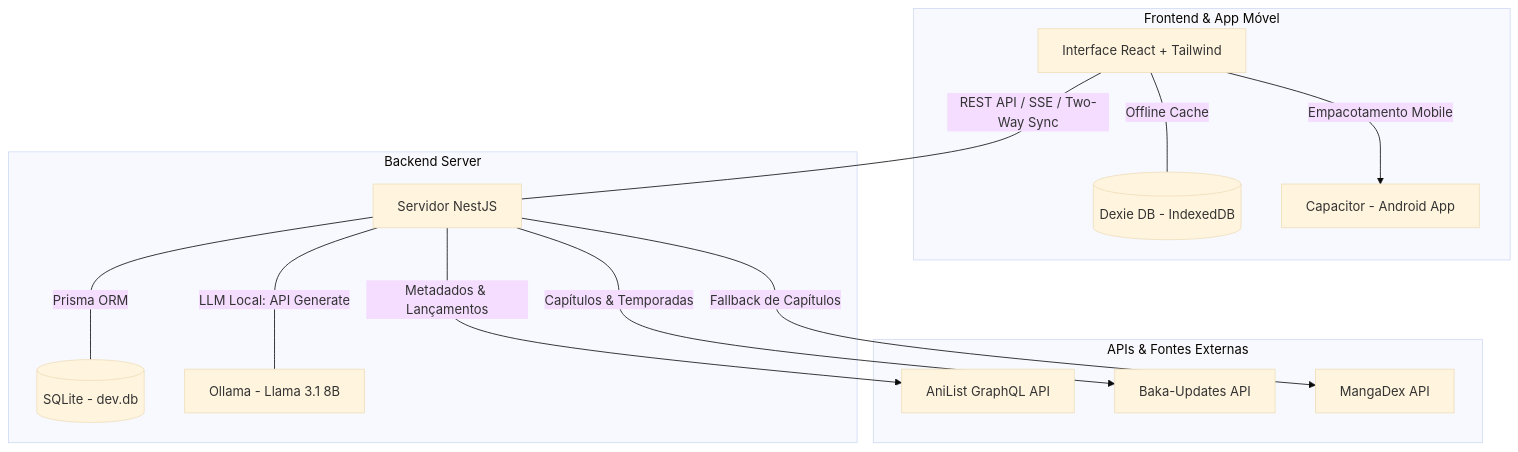
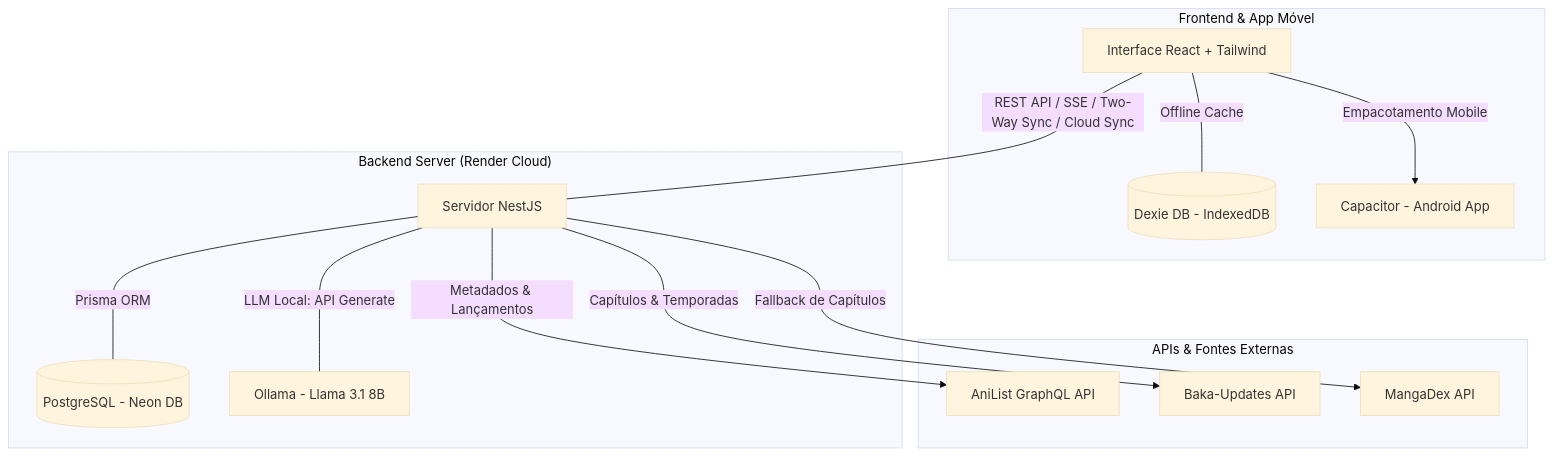
Before and after one commit to Braz55/Otaku-Time-v2: the first of 2 diagrams in README.md, drawn with Mermaid (base theme). The commit also changed other lines of this file and 8 other files, not shown here.

````diff
--- a/README.md
+++ b/README.md
@@ -47,23 +51,23 @@
 ```mermaid
 flowchart TD
     subgraph Cliente ["Frontend & App Móvel"]
         A["Interface React + Tailwind"] ---|"Offline Cache"| B[(Dexie DB - IndexedDB)]
         A -->|"Empacotamento Mobile"| C["Capacitor - Android App"]
     end
     
-    subgraph Servidor ["Backend Server"]
-        D["Servidor NestJS"] ---|"Prisma ORM"| E[(SQLite - dev.db)]
+    subgraph Servidor ["Backend Server (Render Cloud)"]
+        D["Servidor NestJS"] ---|"Prisma ORM"| E[(PostgreSQL - Neon DB)]
         D ---|"LLM Local: API Generate"| F["Ollama - Llama 3.1 8B"]
     end
 
     subgraph APIs ["APIs & Fontes Externas"]
         G["AniList GraphQL API"]
         H["Baka-Updates API"]
         I["MangaDex API"]
     end
 
-    A ---|"REST API / SSE / Two-Way Sync"| D
+    A ---|"REST API / SSE / Two-Way Sync / Cloud Sync"| D
     D -->|"Metadados & Lançamentos"| G
     D -->|"Capítulos & Temporadas"| H
     D -->|"Fallback de Capítulos"| I
 ```
````
